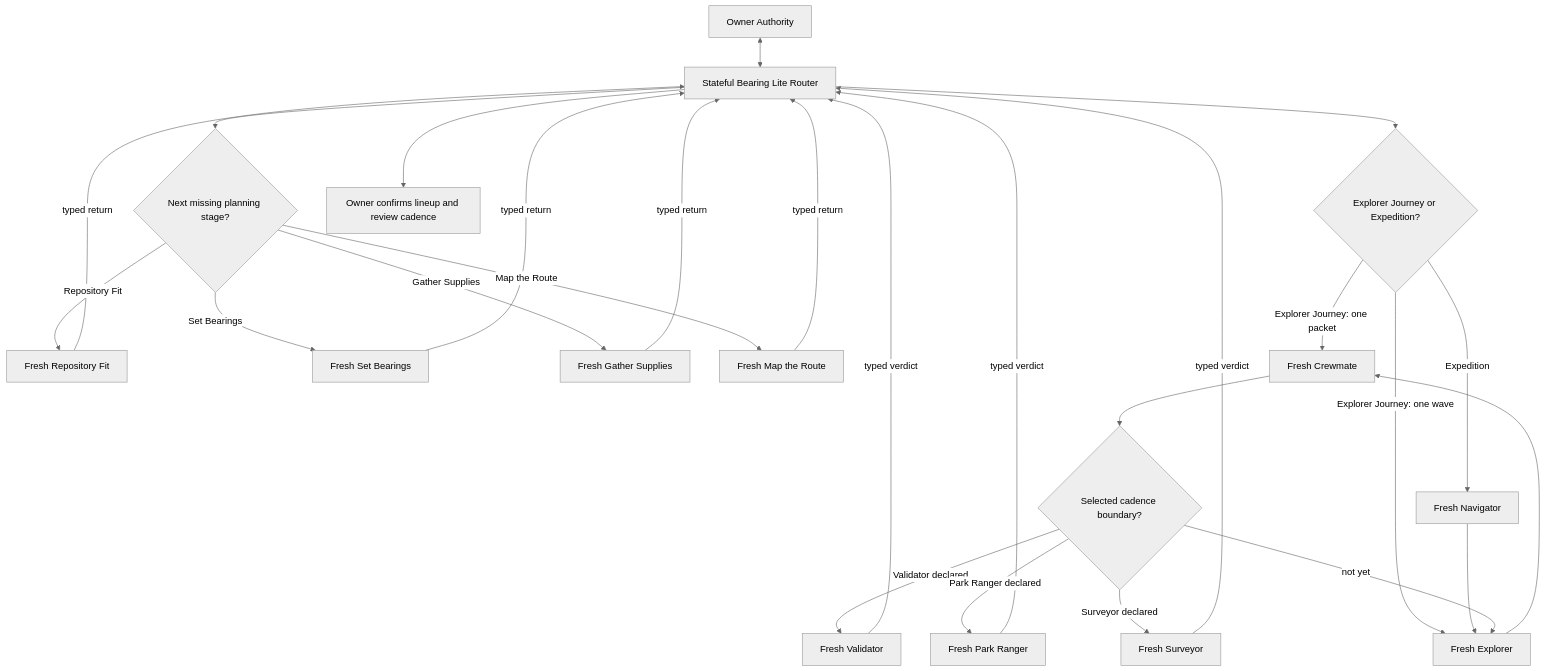
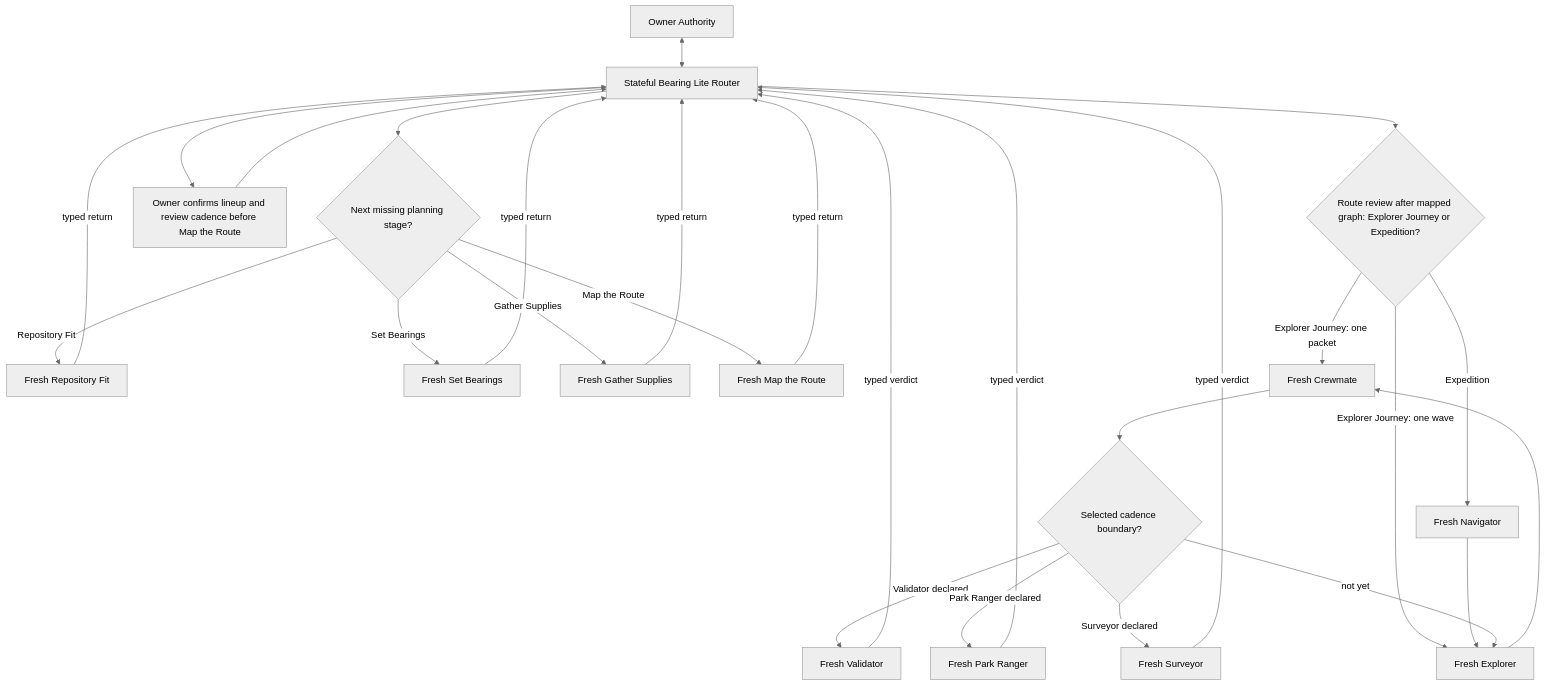
One commit to alphazede/bearing changed the diagram in skills/bearing-lite/references/role-routing.mmd. Above: the diagram before and after it, drawn with Mermaid (neutral theme). The commit also changed 10 other files, not shown here.

First line of the commit message:
feat: defer Journey type to route review, support requirements registers, guide failed gates

```diff
--- a/skills/bearing-lite/references/role-routing.mmd
+++ b/skills/bearing-lite/references/role-routing.mmd
@@ -1,21 +1,22 @@
 flowchart TD
     O[Owner Authority] <--> R[Stateful Bearing Lite Router]
-    R --> J{Explorer Journey or Expedition?}
     R --> P{Next missing planning stage?}
     P -->|Repository Fit| PF[Fresh Repository Fit]
     P -->|Set Bearings| SB[Fresh Set Bearings]
     P -->|Gather Supplies| GS[Fresh Gather Supplies]
     P -->|Map the Route| MR[Fresh Map the Route]
     PF & SB & GS & MR -->|typed return| R
-    R --> L[Owner confirms lineup and review cadence]
+    R --> L[Owner confirms lineup and review cadence before Map the Route]
+    L --> R
+    R --> J{Route review after mapped graph: Explorer Journey or Expedition?}
     J -->|Explorer Journey: one packet| C[Fresh Crewmate]
     J -->|Explorer Journey: one wave| E[Fresh Explorer]
     J -->|Expedition| N[Fresh Navigator]
     N --> E
     E --> C
     C --> A{Selected cadence boundary?}
     A -->|Validator declared| V[Fresh Validator]
     A -->|Park Ranger declared| PK[Fresh Park Ranger]
     A -->|Surveyor declared| S[Fresh Surveyor]
     A -->|not yet| E
     V & PK & S -->|typed verdict| R
```
